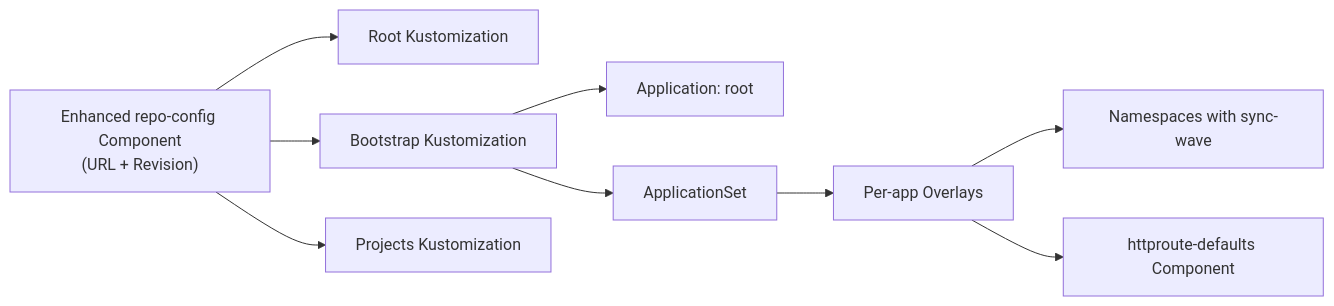
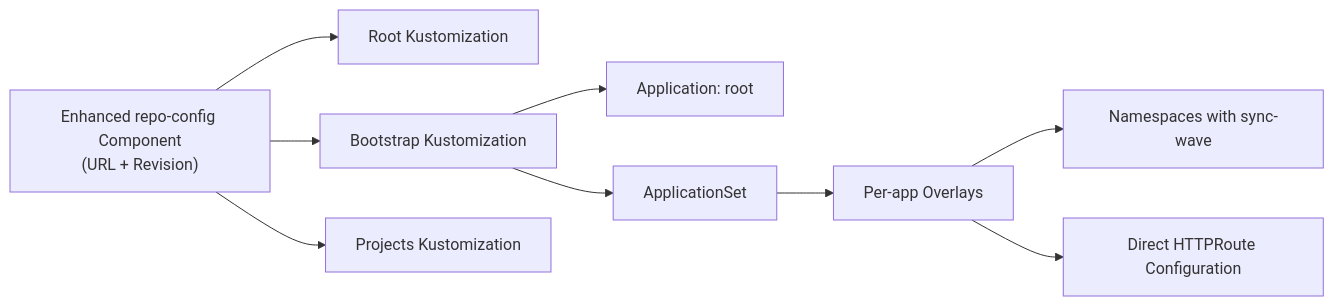
Before and after one commit to Hoangvu75/k8s_manifest: the fourth of 4 diagrams in .qoder/repowiki/en/content/Application Configuration/Kustomize Configuration Patterns.md, drawn with Mermaid. The commit also changed other lines of this file and 15 other files, not shown here.

````diff
--- a/.qoder/repowiki/en/content/Application Configuration/Kustomize Configuration Patterns.md
+++ b/.qoder/repowiki/en/content/Application Configuration/Kustomize Configuration Patterns.md
@@ -300,11 +287,11 @@
 ```mermaid
 graph LR
 comp["Enhanced repo-config Component<br/>(URL + Revision)"] --> root["Root Kustomization"]
 comp --> boot["Bootstrap Kustomization"]
 comp --> proj["Projects Kustomization"]
 boot --> root_app["Application: root"]
 boot --> appset["ApplicationSet"]
 appset --> overlays["Per-app Overlays"]
 overlays --> ns["Namespaces with sync-wave"]
-overlays --> httproute["httproute-defaults Component"]
+overlays --> httproute["Direct HTTPRoute Configuration"]
 ```
````
